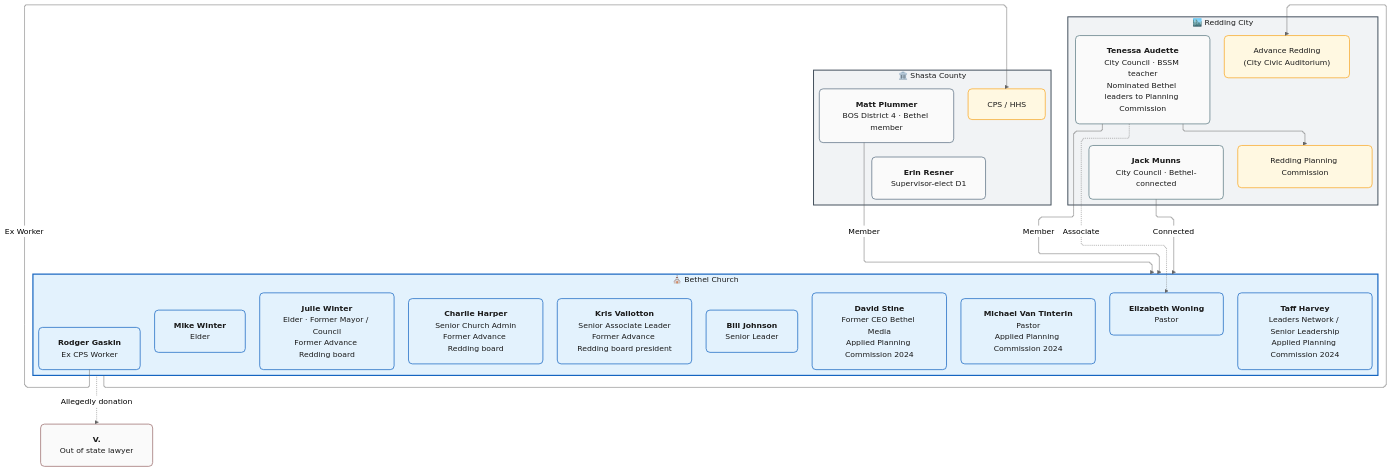
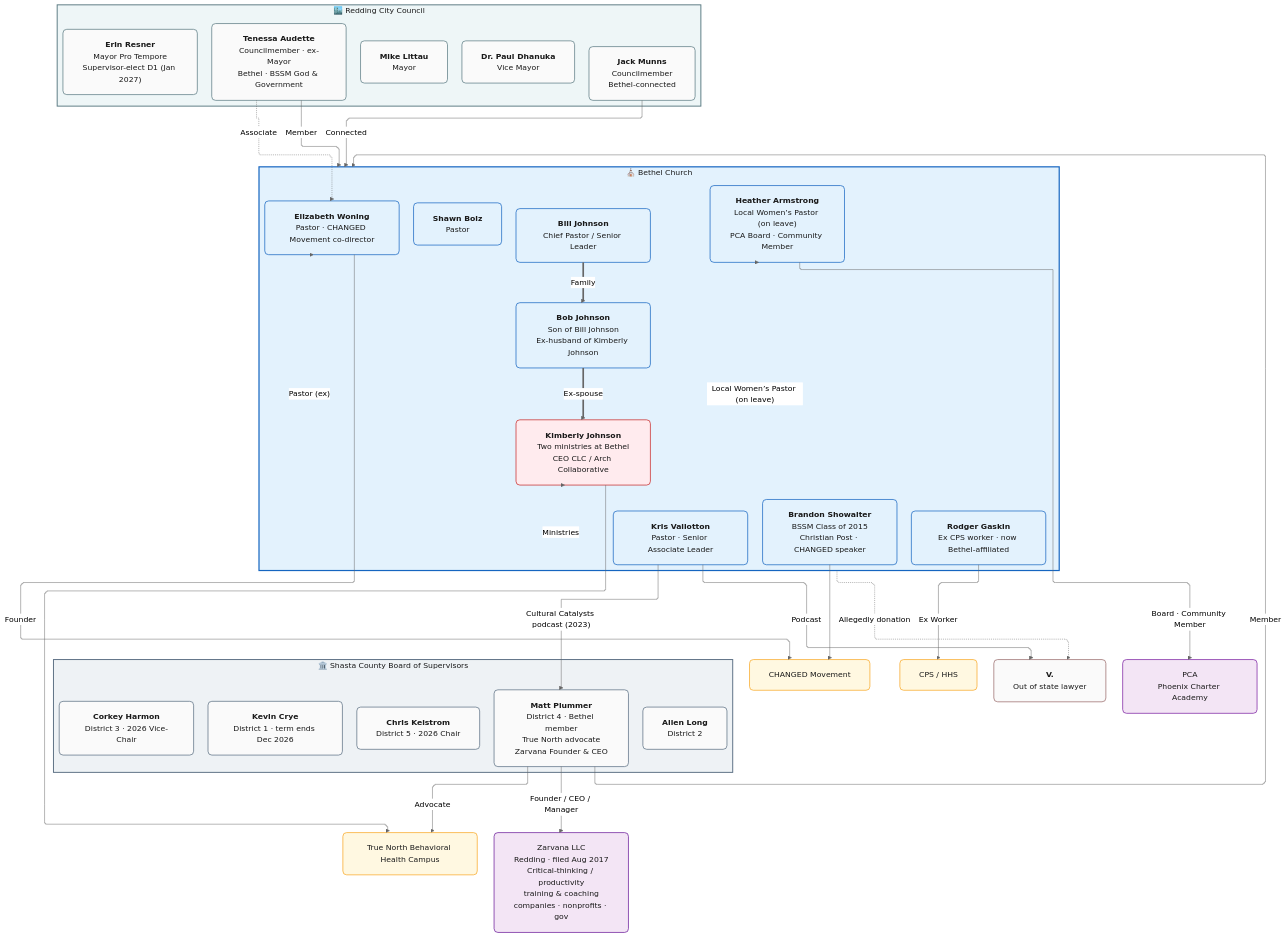
The diagram in bethel/bethel.mmd (alyas77/shasta-county-public), drawn with Mermaid (neutral theme) before and after one commit. The commit also changed 4 other files, not shown here.

Commit message:
initial draft - bethel & county

```diff
--- a/bethel/bethel.mmd
+++ b/bethel/bethel.mmd
@@ -1,65 +1,84 @@
-%%{init: {'flowchart': {'defaultRenderer': 'elk', 'curve': 'stepBefore', 'nodeSpacing': 32, 'rankSpacing': 40, 'padding': 20}}}%%
+%%{init: {'flowchart': {'defaultRenderer': 'elk', 'curve': 'stepBefore', 'nodeSpacing': 28, 'rankSpacing': 36, 'padding': 20}}}%%
 flowchart TB
 
     classDef bethel fill:#e3f2fd,stroke:#1565c0,stroke-width:1.5px,color:#1a1a1a,rx:8,ry:8
     classDef city fill:#fafafa,stroke:#5a7a82,stroke-width:1.5px,color:#1a1a1a,rx:8,ry:8
     classDef bos fill:#fafafa,stroke:#5a6e82,stroke-width:1.5px,color:#1a1a1a,rx:8,ry:8
+    classDef clc fill:#ffebee,stroke:#c62828,stroke-width:1.5px,color:#1a1a1a,rx:8,ry:8
     classDef public fill:#fff8e1,stroke:#f9a825,stroke-width:1.5px,color:#1a1a1a,rx:8,ry:8
     classDef court fill:#fafafa,stroke:#9a6b6b,stroke-width:1.5px,color:#1a1a1a,rx:8,ry:8
+    classDef edu fill:#f3e5f5,stroke:#7b1fa2,stroke-width:1.5px,color:#1a1a1a,rx:8,ry:8
+    classDef business fill:#f3e5f5,stroke:#6a1b9a,stroke-width:1.5px,color:#1a1a1a,rx:8,ry:8
     classDef bethelParent fill:#e3f2fd,stroke:#1565c0,stroke-width:2.5px,color:#1a1a1a
-    classDef govParent fill:#f1f3f5,stroke:#3d4a57,stroke-width:2px,color:#1a1a1a
+    classDef bosParent fill:#eef2f5,stroke:#5a6e82,stroke-width:2px,color:#1a1a1a
+    classDef cityParent fill:#eef6f7,stroke:#5a7a82,stroke-width:2px,color:#1a1a1a
 
     subgraph Bethel ["⛪ Bethel Church"]
         direction LR
-        Bill_Johnson["<b>Bill Johnson</b><br>Senior Leader"]
-        Kris_Valloton["<b>Kris Vallotton</b><br>Senior Associate Leader<br>Former Advance Redding board president"]
-        Julie_Winter["<b>Julie Winter</b><br>Elder · Former Mayor / Council<br>Former Advance Redding board"]
-        Mike_Winter["<b>Mike Winter</b><br>Elder"]
-        Charlie_Harper["<b>Charlie Harper</b><br>Senior Church Admin<br>Former Advance Redding board"]
-        David_Stine["<b>David Stine</b><br>Former CEO Bethel Media<br>Applied Planning Commission 2024"]
-        Taff_Harvey["<b>Taff Harvey</b><br>Leaders Network / Senior Leadership<br>Applied Planning Commission 2024"]
-        Michael_Van_Tinterin["<b>Michael Van Tinterin</b><br>Pastor<br>Applied Planning Commission 2024"]
-        Elizabeth_Woning["<b>Elizabeth Woning</b><br>Pastor"]
-        Rodger_Gaskin["<b>Rodger Gaskin</b><br>Ex CPS Worker"]
+        Bill_Johnson["<b>Bill Johnson</b><br>Chief Pastor / Senior Leader"]
+        Bob_Johnson["<b>Bob Johnson</b><br>Son of Bill Johnson<br>Ex-husband of Kimberly Johnson"]
+        Kimberly_Johnson["<b>Kimberly Johnson</b><br>Two ministries at Bethel<br>CEO CLC / Arch Collaborative"]
+        Kris_Valloton["<b>Kris Vallotton</b><br>Pastor · Senior Associate Leader"]
+        Shawn_Bolz["<b>Shawn Bolz</b><br>Pastor"]
+        Elizabeth_Woning["<b>Elizabeth Woning</b><br>Pastor · CHANGED Movement co-director"]
+        Rodger_Gaskin["<b>Rodger Gaskin</b><br>Ex CPS worker · now Bethel-affiliated"]
+        Brandon_Showalter["<b>Brandon Showalter</b><br>BSSM Class of 2015<br>Christian Post · CHANGED speaker"]
+        Heather_Armstrong["<b>Heather Armstrong</b><br>Local Women’s Pastor (on leave)<br>PCA Board · Community Member"]
     end
 
-    Tenessa_Audette["<b>Tenessa Audette</b><br>City Council · BSSM teacher<br>Nominated Bethel leaders to Planning Commission"]
-    Jack_Munns["<b>Jack Munns</b><br>City Council · Bethel-connected"]
-    Matt_Plummer["<b>Matt Plummer</b><br>BOS District 4 · Bethel member"]
-    Erin_Resner["<b>Erin Resner</b><br>Supervisor-elect D1"]
+    subgraph BOS ["🏛️ Shasta County Board of Supervisors"]
+        direction LR
+        Kevin_Crye["<b>Kevin Crye</b><br>District 1 · term ends Dec 2026"]
+        Allen_Long["<b>Allen Long</b><br>District 2"]
+        Corkey_Harmon["<b>Corkey Harmon</b><br>District 3 · 2026 Vice-Chair"]
+        Matt_Plummer["<b>Matt Plummer</b><br>District 4 · Bethel member<br>True North advocate<br>Zarvana Founder & CEO"]
+        Chris_Kelstrom["<b>Chris Kelstrom</b><br>District 5 · 2026 Chair"]
+    end
 
-    Planning_Commission["Redding Planning Commission"]
-    Advance_Redding["Advance Redding<br>(City Civic Auditorium)"]
+    subgraph City ["🏙️ Redding City Council"]
+        direction LR
+        Mike_Littau["<b>Mike Littau</b><br>Mayor"]
+        Paul_Dhanuka["<b>Dr. Paul Dhanuka</b><br>Vice Mayor"]
+        Erin_Resner["<b>Erin Resner</b><br>Mayor Pro Tempore<br>Supervisor-elect D1 (Jan 2027)"]
+        Tenessa_Audette["<b>Tenessa Audette</b><br>Councilmember · ex-Mayor<br>Bethel · BSSM God & Government"]
+        Jack_Munns["<b>Jack Munns</b><br>Councilmember<br>Bethel-connected"]
+    end
+
+    CHANGED["CHANGED Movement"]
+    True_North["True North Behavioral Health Campus"]
     CPS_HHS["CPS / HHS"]
     V_OutOfState["<b>V.</b><br>Out of state lawyer"]
+    PCA["PCA<br>Phoenix Charter Academy"]
+    Zarvana["Zarvana LLC<br>Redding · filed Aug 2017<br>Critical-thinking / productivity<br>training & coaching<br>companies · nonprofits · gov"]
 
-    subgraph City ["🏙️ Redding City"]
-        direction LR
-        Tenessa_Audette ~~~ Jack_Munns
-        Planning_Commission
-        Advance_Redding
-    end
-
-    subgraph County ["🏛️ Shasta County"]
-        direction LR
-        Matt_Plummer ~~~ Erin_Resner
-        CPS_HHS
-    end
-
-%% Minimal cross-group links only
+    Bill_Johnson == Family ==> Bob_Johnson
+    Bob_Johnson == Ex-spouse ==> Kimberly_Johnson
     Tenessa_Audette -- Member --> Bethel
+    Matt_Plummer -- Member --> Bethel
     Jack_Munns -- Connected --> Bethel
-    Matt_Plummer -- Member --> Bethel
-    Tenessa_Audette --> Planning_Commission
-    Bethel --> Advance_Redding
+    Kimberly_Johnson -- Ministries --> Bethel
+    Tenessa_Audette -. Associate .-> Elizabeth_Woning
+    Elizabeth_Woning -- Founder --> CHANGED
+    Elizabeth_Woning -- "Pastor (ex)" --> Bethel
+    Brandon_Showalter --> CHANGED
+    Kimberly_Johnson --> True_North
+    Matt_Plummer -- Advocate --> True_North
     Rodger_Gaskin -- "Ex Worker" --> CPS_HHS
     Bethel -. "Allegedly donation" .-> V_OutOfState
-    Tenessa_Audette -. Associate .-> Elizabeth_Woning
+    Kris_Valloton -- "Podcast" --> V_OutOfState
+    Kris_Valloton -- "Cultural Catalysts podcast (2023)" --> Matt_Plummer
+    Heather_Armstrong -- "Local Women’s Pastor (on leave)" --> Bethel
+    Heather_Armstrong -- "Board · Community Member" --> PCA
+    Matt_Plummer -- "Founder / CEO / Manager" --> Zarvana
 
-    class Bill_Johnson,Kris_Valloton,Julie_Winter,Mike_Winter,Charlie_Harper,David_Stine,Taff_Harvey,Michael_Van_Tinterin,Elizabeth_Woning,Rodger_Gaskin bethel
-    class Tenessa_Audette,Jack_Munns city
-    class Matt_Plummer,Erin_Resner bos
-    class Planning_Commission,Advance_Redding,CPS_HHS public
+    class Bill_Johnson,Bob_Johnson,Kris_Valloton,Shawn_Bolz,Elizabeth_Woning,Rodger_Gaskin,Brandon_Showalter,Heather_Armstrong bethel
+    class Kimberly_Johnson clc
+    class Tenessa_Audette,Jack_Munns,Mike_Littau,Paul_Dhanuka,Erin_Resner city
+    class Matt_Plummer,Kevin_Crye,Allen_Long,Corkey_Harmon,Chris_Kelstrom bos
+    class CHANGED,True_North,CPS_HHS public
     class V_OutOfState court
+    class PCA edu
+    class Zarvana business
     class Bethel bethelParent
-    class City,County govParent
+    class BOS bosParent
+    class City cityParent
```
